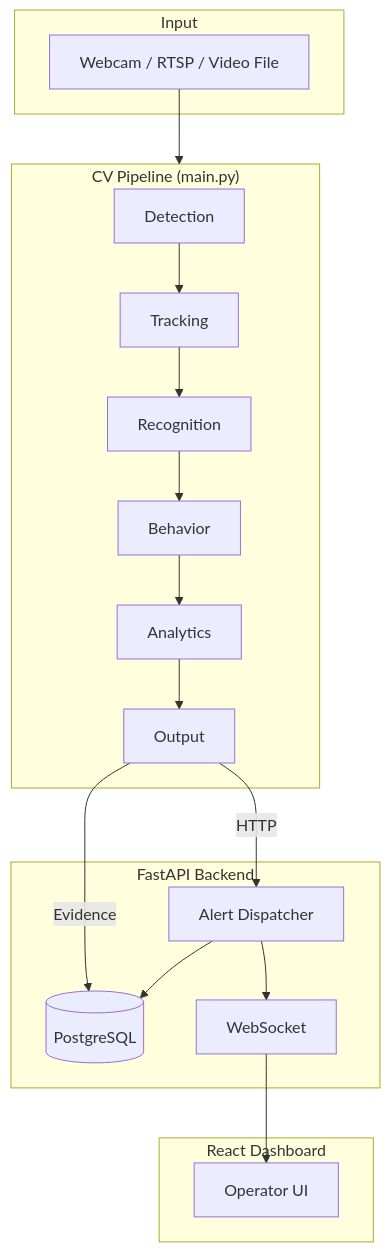
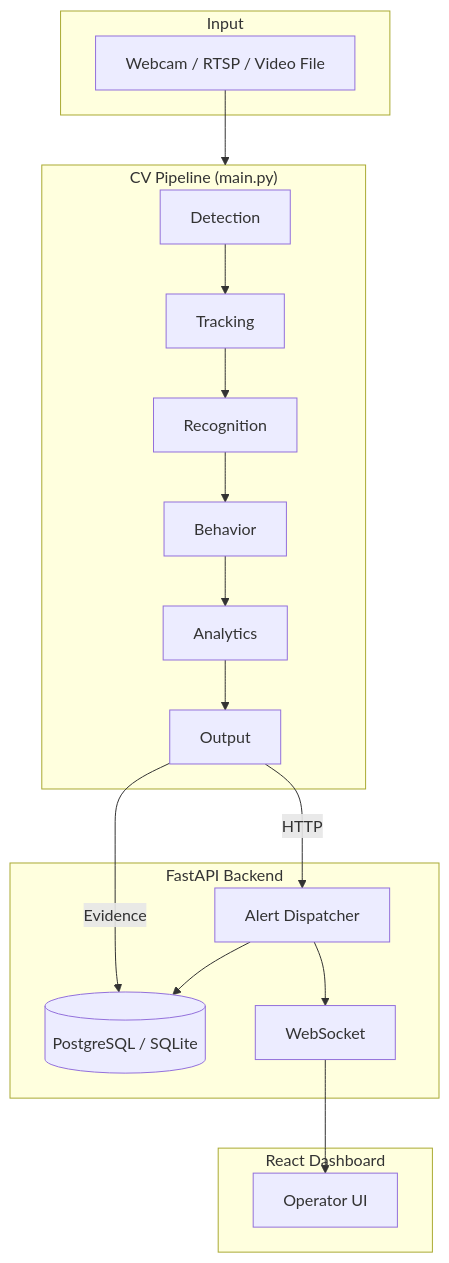
Before and after one commit to devXsadik/aegis: the diagram in README.md, drawn with Mermaid. The commit also changed other lines of this file, not shown here.

````diff
--- a/README.md
+++ b/README.md
@@ -67,31 +65,31 @@
 ```mermaid
 flowchart TB
     subgraph Input
         CAM[Webcam / RTSP / Video File]
     end
 
     subgraph Pipeline["CV Pipeline (main.py)"]
         D[Detection] --> T[Tracking]
         T --> R[Recognition]
         R --> B[Behavior]
         B --> A[Analytics]
         A --> O[Output]
     end
 
     subgraph Backend["FastAPI Backend"]
         AD[Alert Dispatcher]
-        DB[(PostgreSQL)]
+        DB[(PostgreSQL / SQLite)]
         WS[WebSocket]
     end
 
     subgraph Frontend["React Dashboard"]
         UI[Operator UI]
     end
 
     CAM --> Pipeline
     O -->|HTTP| AD
     AD --> DB
     AD --> WS
     WS --> UI
     O -->|Evidence| DB
 ```
````
